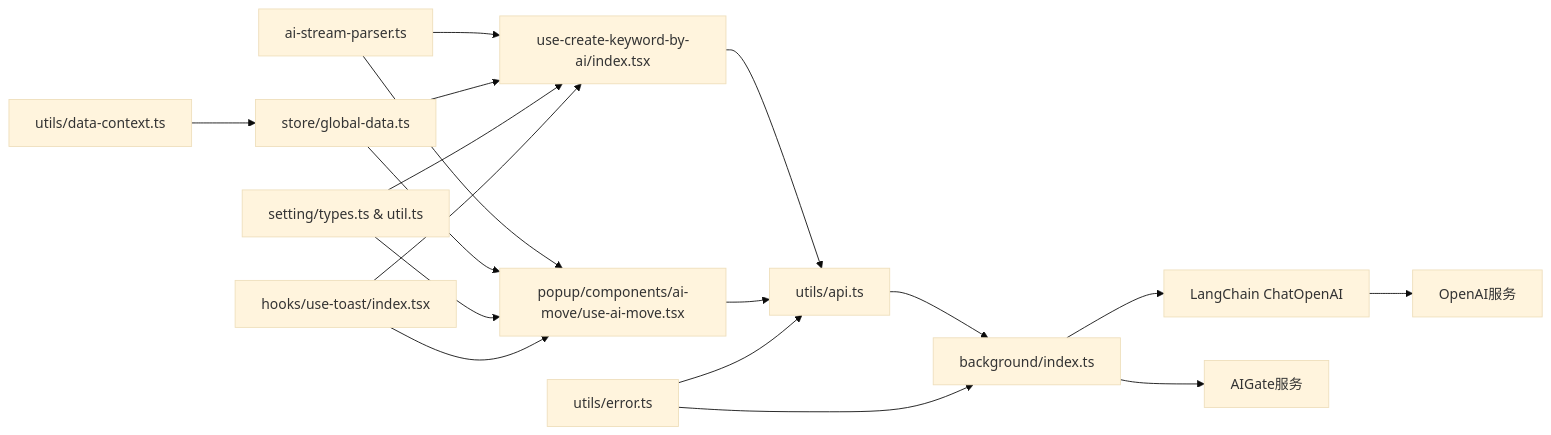
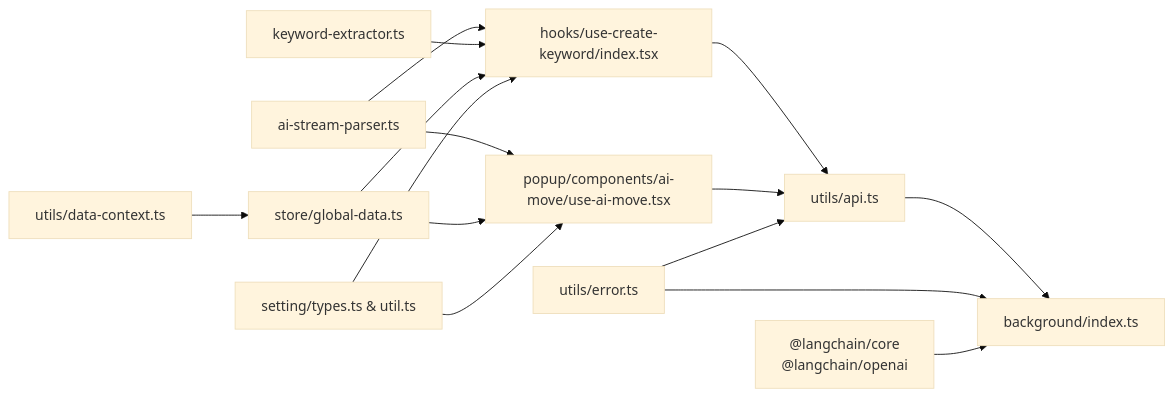
The sixth of 6 diagrams in .qoder/repowiki/zh/content/API参考文档/AI服务API.md (RadiumAg/bilibili-favorites), drawn with Mermaid (base theme) before and after one commit. The commit also changed other lines of this file and 27 other files, not shown here.

````diff
--- a/.qoder/repowiki/zh/content/API参考文档/AI服务API.md
+++ b/.qoder/repowiki/zh/content/API参考文档/AI服务API.md
@@ -436,20 +434,17 @@
 ```mermaid
 graph LR
-UI1["use-create-keyword-by-ai/index.tsx"] --> API1["utils/api.ts"]
+UI1["hooks/use-create-keyword/index.tsx"] --> API1["utils/api.ts"]
 UI2["popup/components/ai-move/use-ai-move.tsx"] --> API1
 API1 --> BG1["background/index.ts"]
-BG1 --> LC1["LangChain ChatOpenAI"]
-LC1 --> OA1["OpenAI服务"]
-BG1 --> AG1["AIGate服务"]
 Parser["ai-stream-parser.ts"] --> UI1
 Parser --> UI2
+Extractor["keyword-extractor.ts"] --> UI1
 Store["store/global-data.ts"] --> UI1
 Store --> UI2
 Types["utils/data-context.ts"] --> Store
 Settings["setting/types.ts & util.ts"] --> UI1
 Settings --> UI2
 Error["utils/error.ts"] --> API1
 Error --> BG1
-Toast["hooks/use-toast/index.tsx"] --> UI1
-Toast --> UI2
+LangChain["@langchain/core<br/>@langchain/openai"] --> BG1
 ```
````
